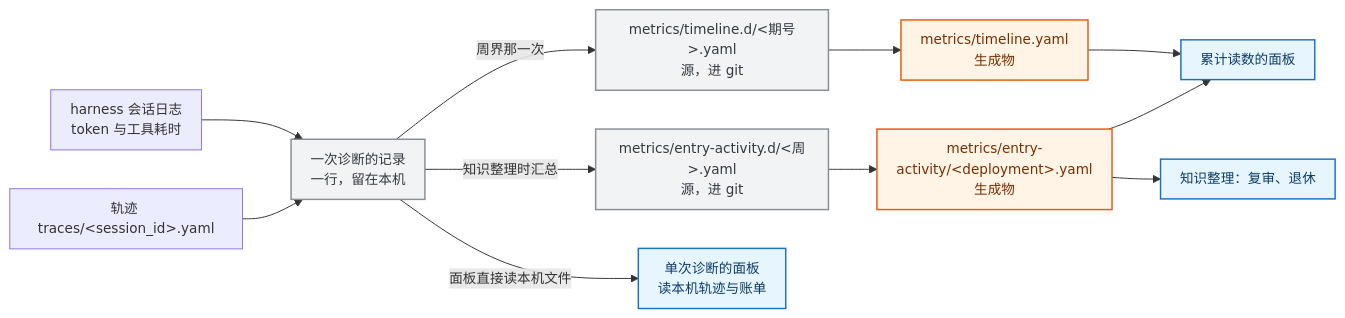
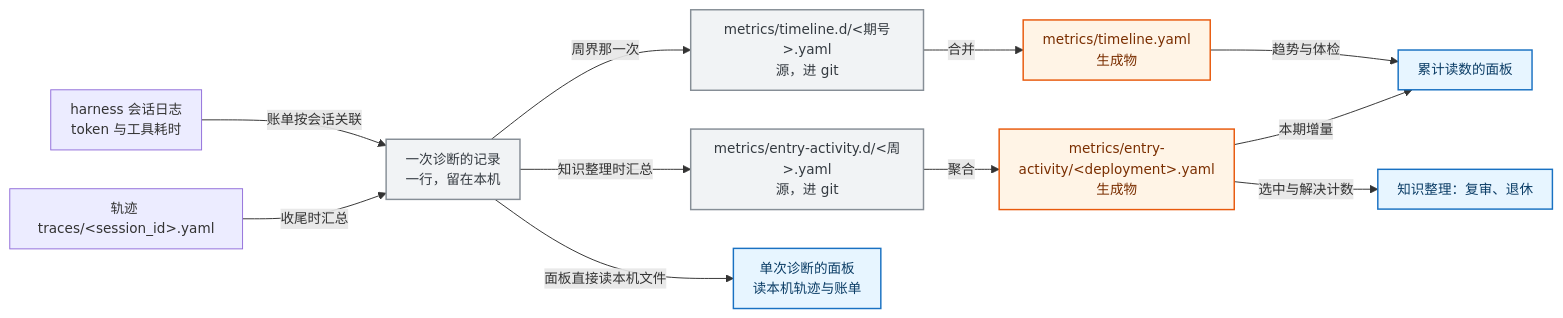
One commit to Bowen-Leee/ascend-sleuth changed the first of 4 diagrams in docs/mechanism/diagnosis-observability.md. Above: the diagram before and after it, drawn with Mermaid. The commit also changed other lines of this file, not shown here.

First line of the commit message:
docs(机制): 按闭合核验改（期号形状、缺省值措辞、状态标签压回两值、图 1 边标签）

````diff
--- a/docs/mechanism/diagnosis-observability.md
+++ b/docs/mechanism/diagnosis-observability.md
@@ -39,21 +39,21 @@
 ```mermaid
 %%{init: {'themeVariables':{'fontSize':'14px'},'flowchart':{'curve':'basis','nodeSpacing':40,'rankSpacing':50,'padding':10}}}%%
 flowchart LR
-    TR["轨迹 traces/&lt;session_id&gt;.yaml"] --> EP["一次诊断的记录<br/>一行，留在本机"]
-    LG["harness 会话日志<br/>token 与工具耗时"] --> EP
+    TR["轨迹 traces/&lt;session_id&gt;.yaml"] -->|"收尾时汇总"| EP["一次诊断的记录<br/>一行，留在本机"]
+    LG["harness 会话日志<br/>token 与工具耗时"] -->|"账单按会话关联"| EP
     EP -->|"知识整理时汇总"| PF["metrics/entry-activity.d/&lt;周&gt;.yaml<br/>源，进 git"]
-    PF --> EA["metrics/entry-activity/&lt;deployment&gt;.yaml<br/>生成物"]
+    PF -->|"聚合"| EA["metrics/entry-activity/&lt;deployment&gt;.yaml<br/>生成物"]
     EP -->|"周界那一次"| TD["metrics/timeline.d/&lt;期号&gt;.yaml<br/>源，进 git"]
-    TD --> TI["metrics/timeline.yaml<br/>生成物"]
+    TD -->|"合并"| TI["metrics/timeline.yaml<br/>生成物"]
     EP -->|"面板直接读本机文件"| V1["单次诊断的面板<br/>读本机轨迹与账单"]
-    EA --> V2["累计读数的面板"]
-    TI --> V2
-    EA --> GR["知识整理：复审、退休"]
+    EA -->|"本期增量"| V2["累计读数的面板"]
+    TI -->|"趋势与体检"| V2
+    EA -->|"选中与解决计数"| GR["知识整理：复审、退休"]
 
     classDef store fill:#f1f3f5,stroke:#868e96,stroke-width:1.5px,color:#343a40
     classDef gen fill:#fff4e6,stroke:#e8590c,stroke-width:1.5px,color:#7a2e00
     classDef view fill:#e7f5ff,stroke:#1971c2,stroke-width:1.5px,color:#0b3d66
     class EP,PF,TD store
     class EA,TI gen
     class V1,V2,GR view
 ```
````
